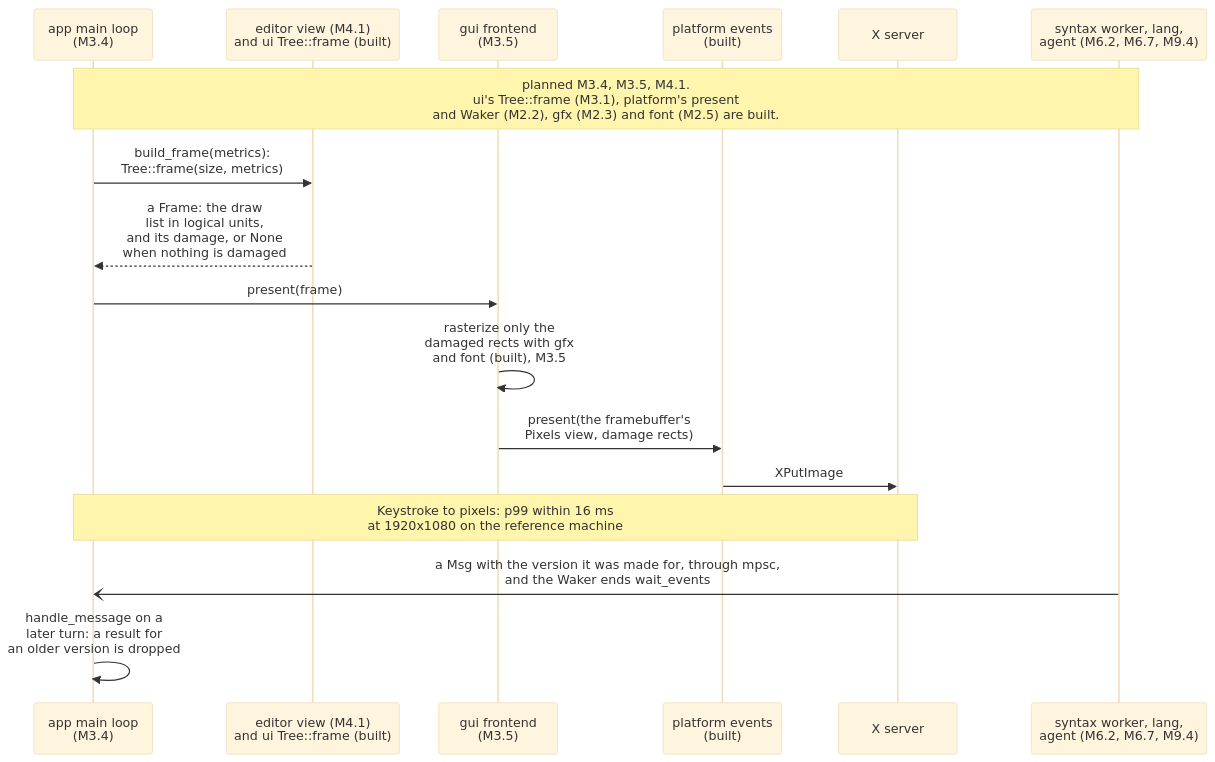
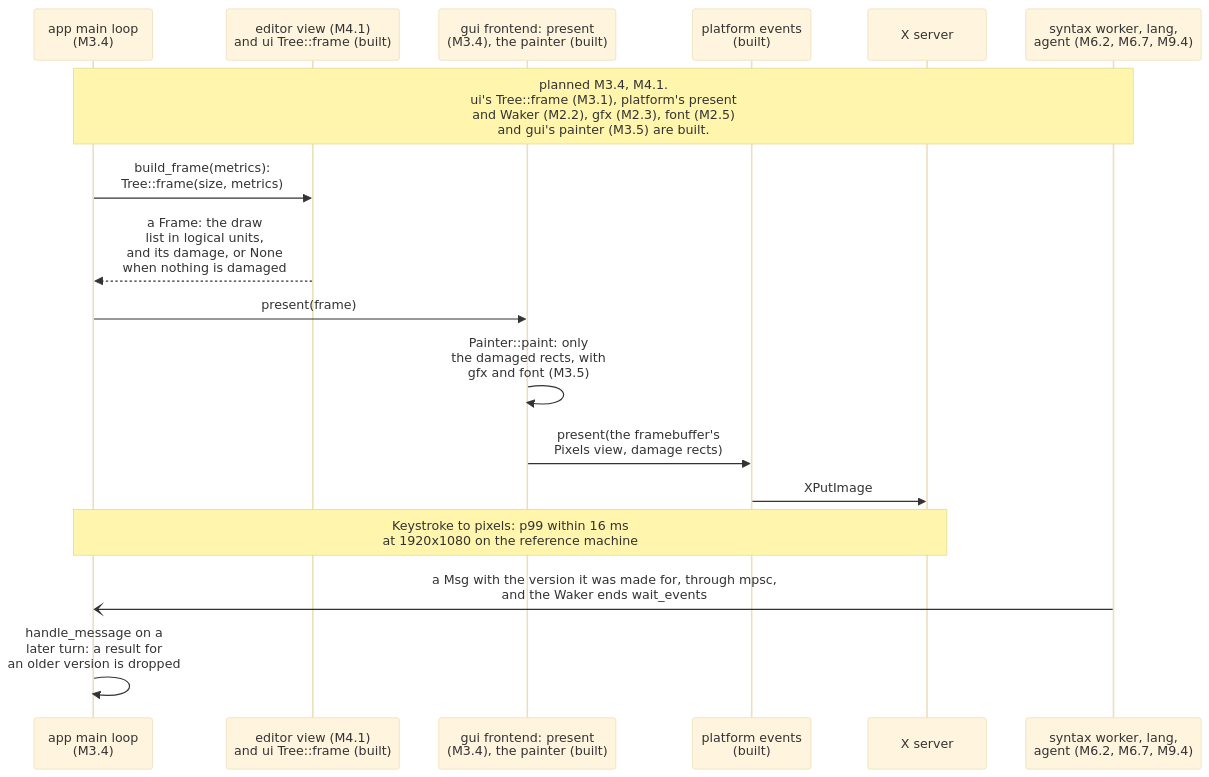
Diagram 14 of 23 in diagrams/sequence-diagrams.md (jabbott-iii/Tidepool), drawn with Mermaid (base theme) before and after one commit. The commit also changed other lines of this file and 51 other files, not shown here.

First line of the commit message:
gui: draw-list painter and ui goldens (M3.5)

````diff
--- a/diagrams/sequence-diagrams.md
+++ b/diagrams/sequence-diagrams.md
@@ -696,20 +699,20 @@
 ```mermaid
 sequenceDiagram
     participant ML as app main loop<br/>(M3.4)
     participant View as editor view (M4.1)<br/>and ui Tree::frame (built)
-    participant Fe as gui frontend<br/>(M3.5)
+    participant Fe as gui frontend: present<br/>(M3.4), the painter (built)
     participant Plat as platform events<br/>(built)
     participant Disp as X server
     participant Bg as syntax worker, lang,<br/>agent (M6.2, M6.7, M9.4)
 
-    Note over ML,Bg: planned M3.4, M3.5, M4.1.<br/>ui's Tree::frame (M3.1), platform's present<br/>and Waker (M2.2), gfx (M2.3) and font (M2.5) are built.
+    Note over ML,Bg: planned M3.4, M4.1.<br/>ui's Tree::frame (M3.1), platform's present<br/>and Waker (M2.2), gfx (M2.3), font (M2.5)<br/>and gui's painter (M3.5) are built.
     ML->>View: build_frame(metrics):<br/>Tree::frame(size, metrics)
     View-->>ML: a Frame: the draw<br/>list in logical units,<br/>and its damage, or None<br/>when nothing is damaged
     ML->>Fe: present(frame)
-    Fe->>Fe: rasterize only the<br/>damaged rects with gfx<br/>and font (built), M3.5
+    Fe->>Fe: Painter::paint: only<br/>the damaged rects, with<br/>gfx and font (M3.5)
     Fe->>Plat: present(the framebuffer's<br/>Pixels view, damage rects)
     Plat->>Disp: XPutImage
     Note over ML,Disp: Keystroke to pixels: p99 within 16 ms<br/>at 1920x1080 on the reference machine
     Bg-)ML: a Msg with the version it was made for, through mpsc,<br/>and the Waker ends wait_events
     ML->>ML: handle_message on a<br/>later turn: a result for<br/>an older version is dropped
 ```
````
